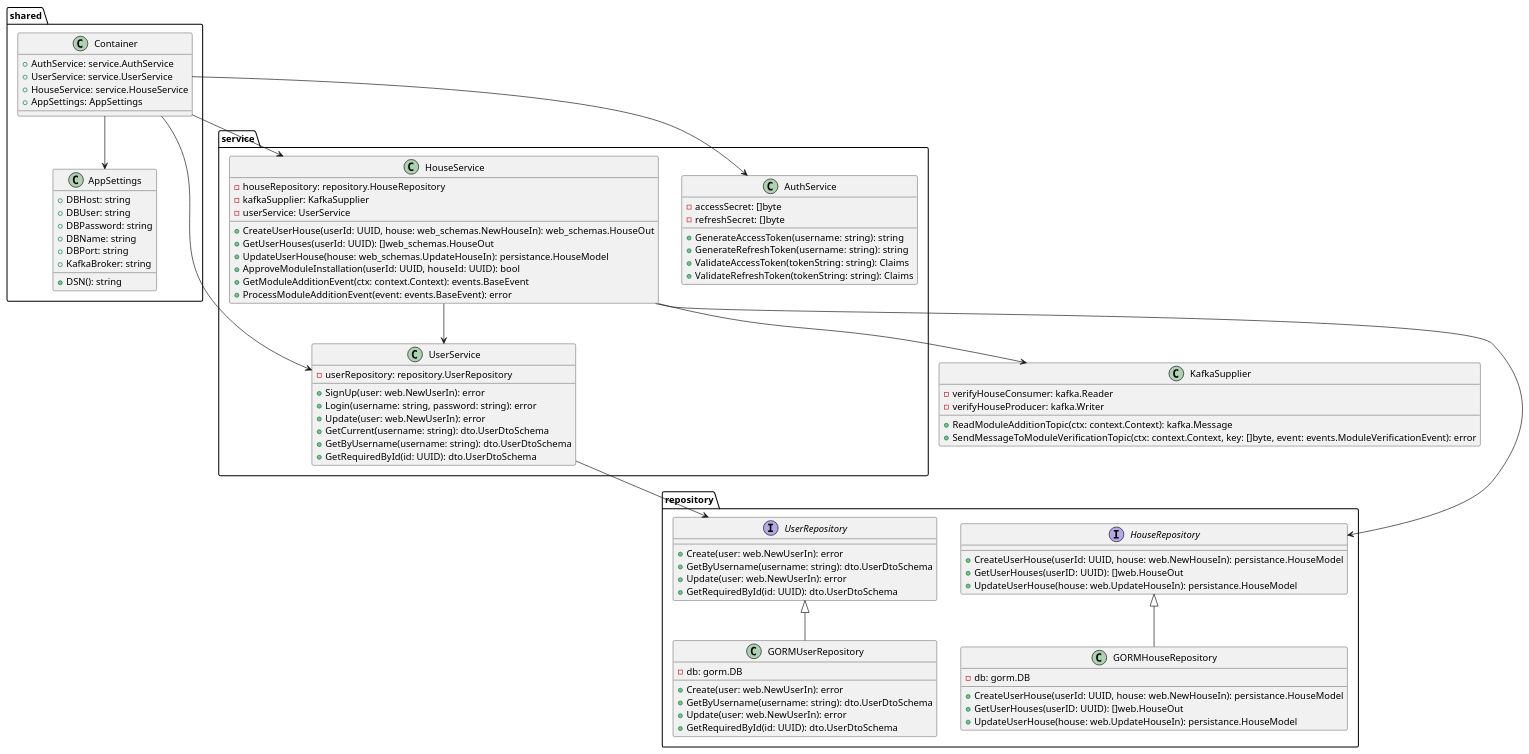
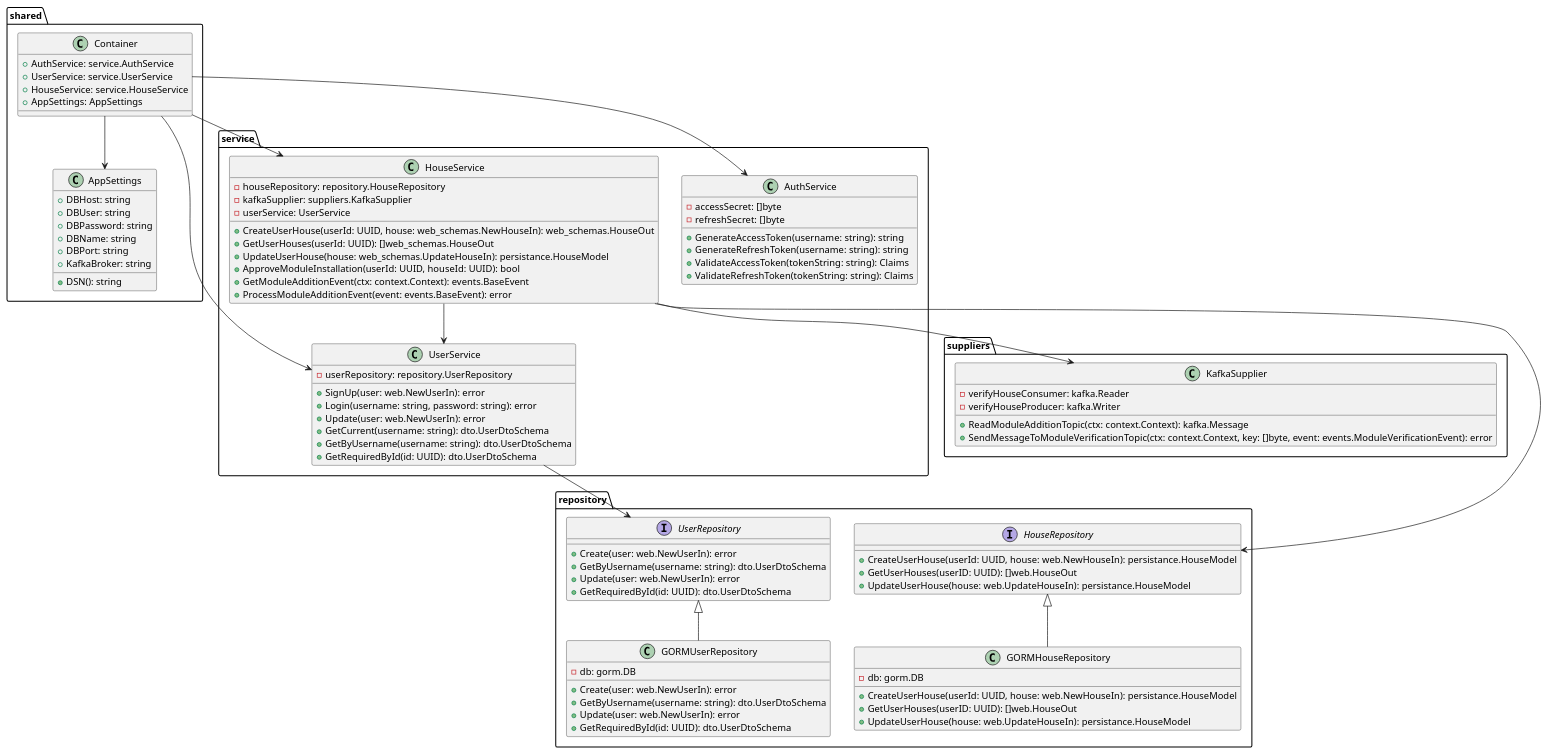
One commit to baydinvladislav/architecture-sprint-3 changed the diagram in user-service/Code_CleverVillageSystem_UserService.puml. Above: the diagram before and after it, drawn with PlantUML.

Commit message:
updating improve user service c4 code diagram

```diff
--- a/user-service/Code_CleverVillageSystem_UserService.puml
+++ b/user-service/Code_CleverVillageSystem_UserService.puml
@@ -1,109 +1,111 @@
 @startuml
 
-class KafkaSupplier {
-    - verifyHouseConsumer: kafka.Reader
-    - verifyHouseProducer: kafka.Writer
-    + ReadModuleAdditionTopic(ctx: context.Context): kafka.Message
-    + SendMessageToModuleVerificationTopic(ctx: context.Context, key: []byte, event: events.ModuleVerificationEvent): error
+package "suppliers" {
+    class KafkaSupplier {
+        - verifyHouseConsumer: kafka.Reader
+        - verifyHouseProducer: kafka.Writer
+        + ReadModuleAdditionTopic(ctx: context.Context): kafka.Message
+        + SendMessageToModuleVerificationTopic(ctx: context.Context, key: []byte, event: events.ModuleVerificationEvent): error
+    }
 }
 
 package "shared" {
     class Container {
         + AuthService: service.AuthService
         + UserService: service.UserService
         + HouseService: service.HouseService
         + AppSettings: AppSettings
     }
 }
 
 package "service" {
     class AuthService {
         - accessSecret: []byte
         - refreshSecret: []byte
         + GenerateAccessToken(username: string): string
         + GenerateRefreshToken(username: string): string
         + ValidateAccessToken(tokenString: string): Claims
         + ValidateRefreshToken(tokenString: string): Claims
     }
 
     class HouseService {
         - houseRepository: repository.HouseRepository
-        - kafkaSupplier: KafkaSupplier
+        - kafkaSupplier: suppliers.KafkaSupplier
         - userService: UserService
         + CreateUserHouse(userId: UUID, house: web_schemas.NewHouseIn): web_schemas.HouseOut
         + GetUserHouses(userId: UUID): []web_schemas.HouseOut
         + UpdateUserHouse(house: web_schemas.UpdateHouseIn): persistance.HouseModel
         + ApproveModuleInstallation(userId: UUID, houseId: UUID): bool
         + GetModuleAdditionEvent(ctx: context.Context): events.BaseEvent
         + ProcessModuleAdditionEvent(event: events.BaseEvent): error
     }
 
     class UserService {
         - userRepository: repository.UserRepository
         + SignUp(user: web.NewUserIn): error
         + Login(username: string, password: string): error
         + Update(user: web.NewUserIn): error
         + GetCurrent(username: string): dto.UserDtoSchema
         + GetByUsername(username: string): dto.UserDtoSchema
         + GetRequiredById(id: UUID): dto.UserDtoSchema
     }
 }
 
 package "repository" {
     interface HouseRepository {
         + CreateUserHouse(userId: UUID, house: web.NewHouseIn): persistance.HouseModel
         + GetUserHouses(userID: UUID): []web.HouseOut
         + UpdateUserHouse(house: web.UpdateHouseIn): persistance.HouseModel
     }
 
     class GORMHouseRepository {
         - db: gorm.DB
         + CreateUserHouse(userId: UUID, house: web.NewHouseIn): persistance.HouseModel
         + GetUserHouses(userID: UUID): []web.HouseOut
         + UpdateUserHouse(house: web.UpdateHouseIn): persistance.HouseModel
     }
 
     HouseRepository <|-- GORMHouseRepository
 
     interface UserRepository {
         + Create(user: web.NewUserIn): error
         + GetByUsername(username: string): dto.UserDtoSchema
         + Update(user: web.NewUserIn): error
         + GetRequiredById(id: UUID): dto.UserDtoSchema
     }
 
     class GORMUserRepository {
         - db: gorm.DB
         + Create(user: web.NewUserIn): error
         + GetByUsername(username: string): dto.UserDtoSchema
         + Update(user: web.NewUserIn): error
         + GetRequiredById(id: UUID): dto.UserDtoSchema
     }
 
     UserRepository <|-- GORMUserRepository
 }
 
 package "shared" {
     class AppSettings {
         + DBHost: string
         + DBUser: string
         + DBPassword: string
         + DBName: string
         + DBPort: string
         + KafkaBroker: string
         + DSN(): string
     }
 }
 
 Container --> AuthService
 Container --> UserService
 Container --> HouseService
 Container --> AppSettings
 
 HouseService --> HouseRepository
-HouseService --> KafkaSupplier
+HouseService --> suppliers.KafkaSupplier
 HouseService --> UserService
 
 UserService --> UserRepository
 
 @enduml
```
